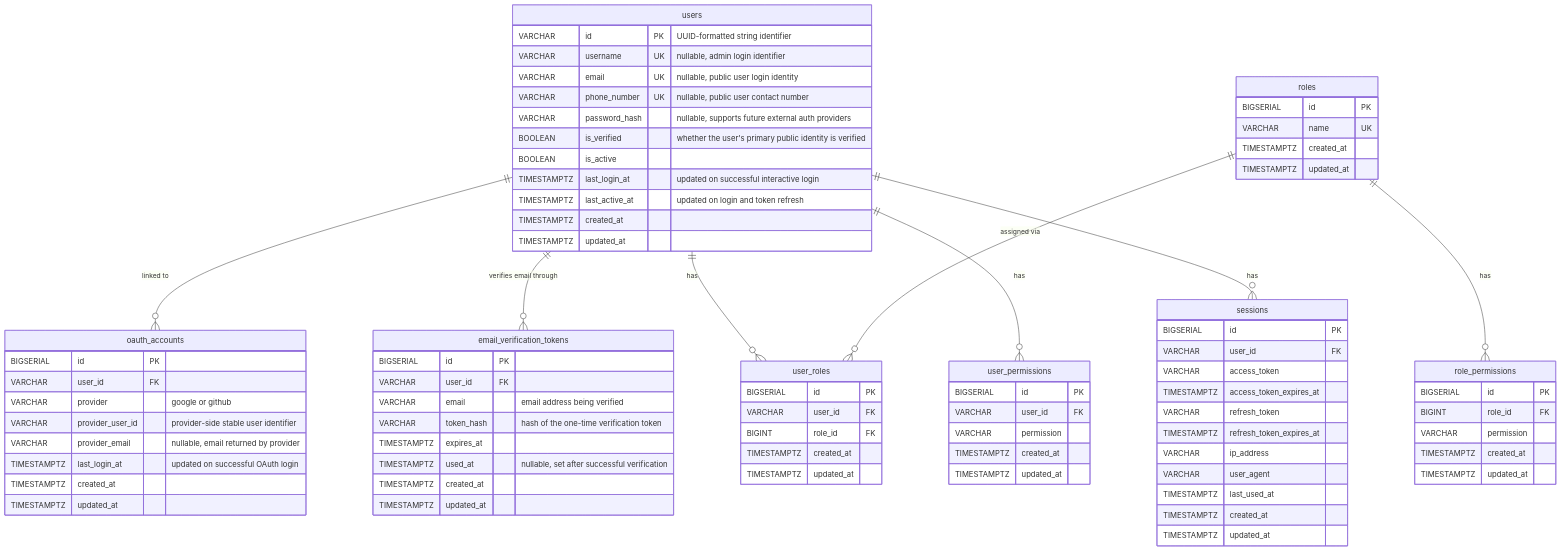
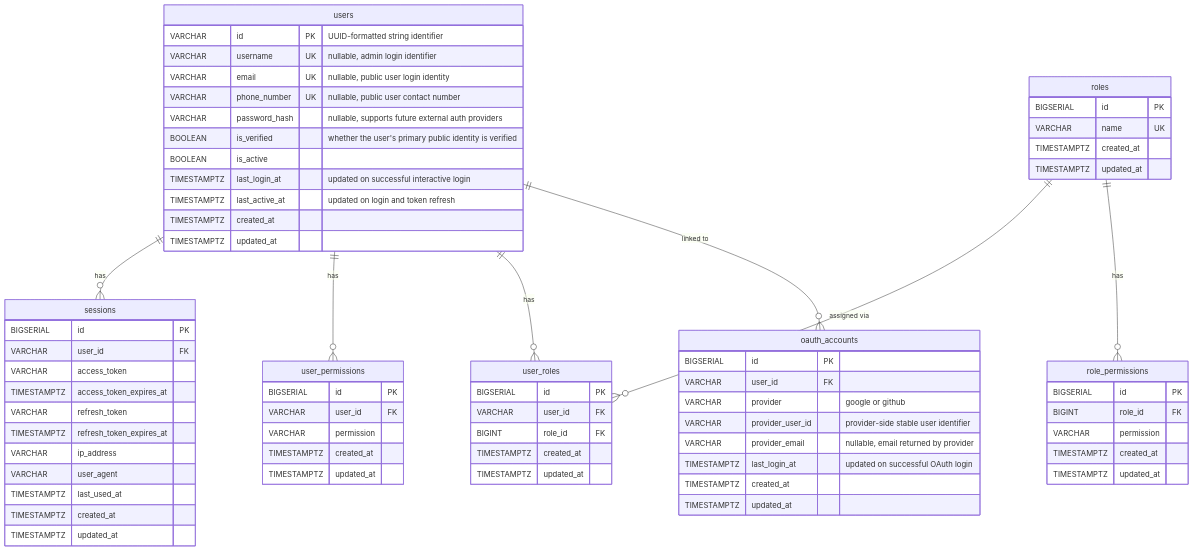
The diagram in docs/specs/modules/auth/ERD.md (Jaxongir1006/ai-interview-prep-api), drawn with Mermaid before and after one commit. The commit also changed other lines of this file and 49 other files, not shown here.

```diff
--- a/docs/specs/modules/auth/ERD.md
+++ b/docs/specs/modules/auth/ERD.md
@@ -23,17 +23,6 @@
         VARCHAR provider_user_id "provider-side stable user identifier"
         VARCHAR provider_email "nullable, email returned by provider"
         TIMESTAMPTZ last_login_at "updated on successful OAuth login"
-        TIMESTAMPTZ created_at
-        TIMESTAMPTZ updated_at
-    }
-
-    email_verification_tokens {
-        BIGSERIAL id PK
-        VARCHAR user_id FK
-        VARCHAR email "email address being verified"
-        VARCHAR token_hash "hash of the one-time verification token"
-        TIMESTAMPTZ expires_at
-        TIMESTAMPTZ used_at "nullable, set after successful verification"
         TIMESTAMPTZ created_at
         TIMESTAMPTZ updated_at
     }
@@ -84,7 +73,6 @@
     }
 
     users ||--o{ oauth_accounts : "linked to"
-    users ||--o{ email_verification_tokens : "verifies email through"
     users ||--o{ user_roles : "has"
     users ||--o{ user_permissions : "has"
     users ||--o{ sessions : "has"
```
